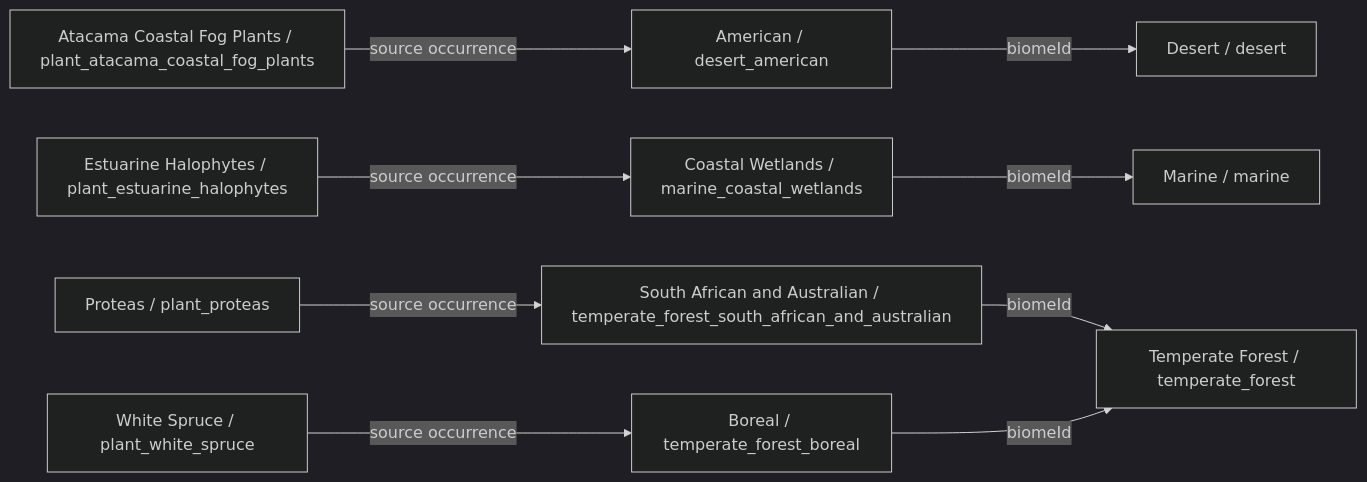
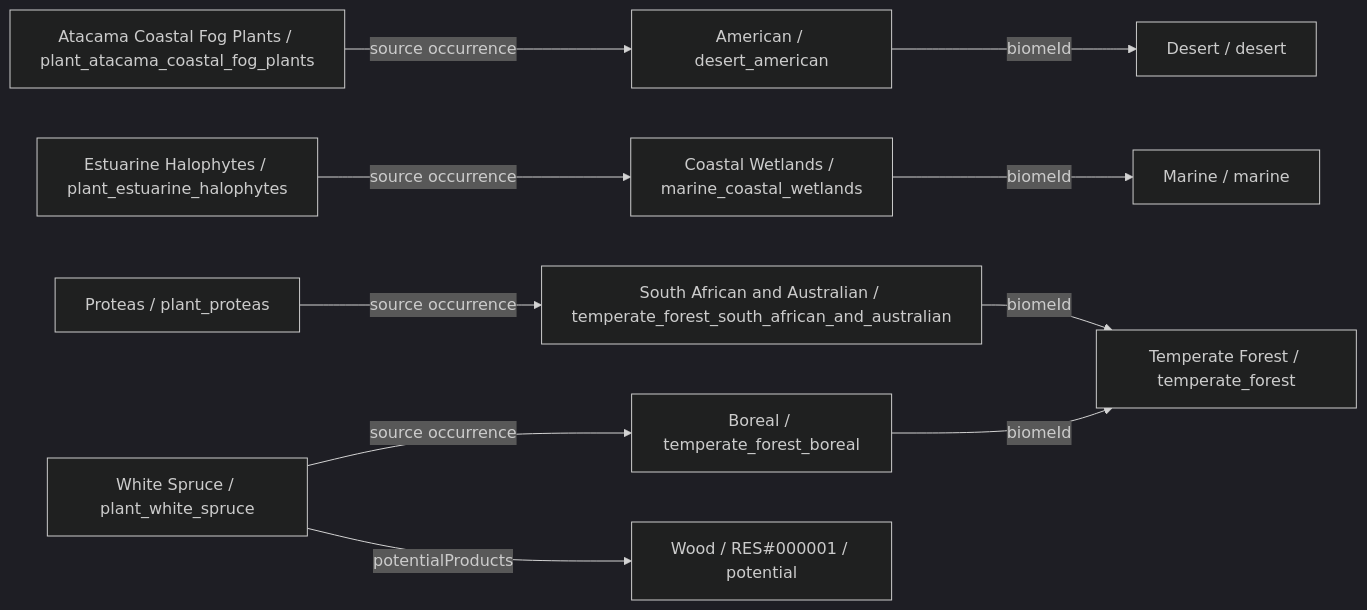
One commit to fgabo404/EvolveDoc changed diagram 25 of 39 in data/plants/DIAGRAMS.md. Above: the diagram before and after it, drawn with Mermaid (dark theme). The commit also changed other lines of this file and 50 other files, not shown here.

````diff
--- a/data/plants/DIAGRAMS.md
+++ b/data/plants/DIAGRAMS.md
@@ -748,22 +770,24 @@
 ```mermaid
 flowchart LR
     c0["Atacama Coastal Fog Plants / plant_atacama_coastal_fog_plants"]
     v15["American / desert_american"]
     b4["Desert / desert"]
     c1["Estuarine Halophytes / plant_estuarine_halophytes"]
     v22["Coastal Wetlands / marine_coastal_wetlands"]
     b5["Marine / marine"]
     c2["Proteas / plant_proteas"]
     v6["South African and Australian / temperate_forest_south_african_and_australian"]
     b1["Temperate Forest / temperate_forest"]
     c3["White Spruce / plant_white_spruce"]
     v7["Boreal / temperate_forest_boreal"]
+    o3_0["Wood / RES#000001 / potential"]
     c0 -->|source occurrence| v15
     c1 -->|source occurrence| v22
     c2 -->|source occurrence| v6
+    c3 -->|potentialProducts| o3_0
     c3 -->|source occurrence| v7
     v15 -->|biomeId| b4
     v22 -->|biomeId| b5
     v6 -->|biomeId| b1
     v7 -->|biomeId| b1
 ```
````
